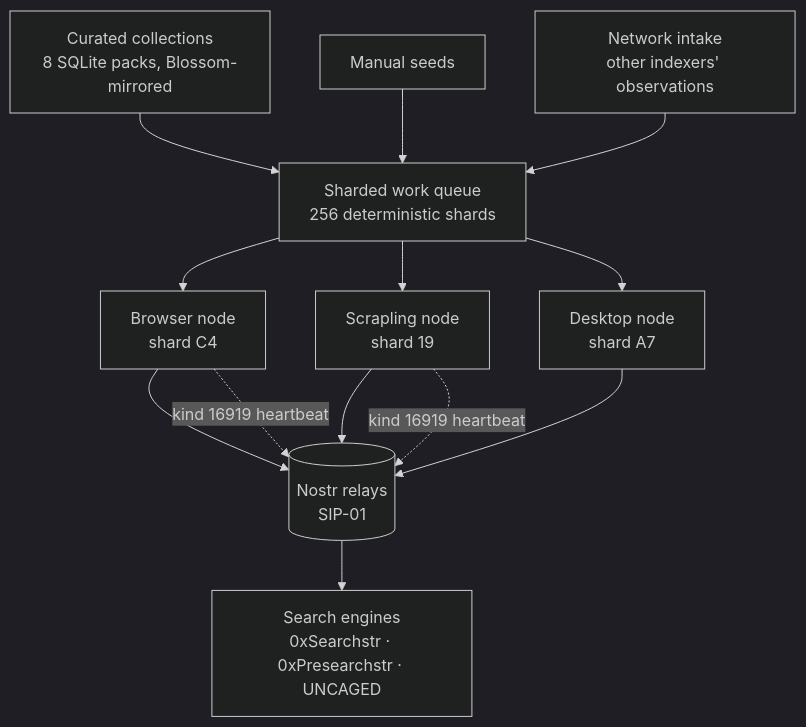
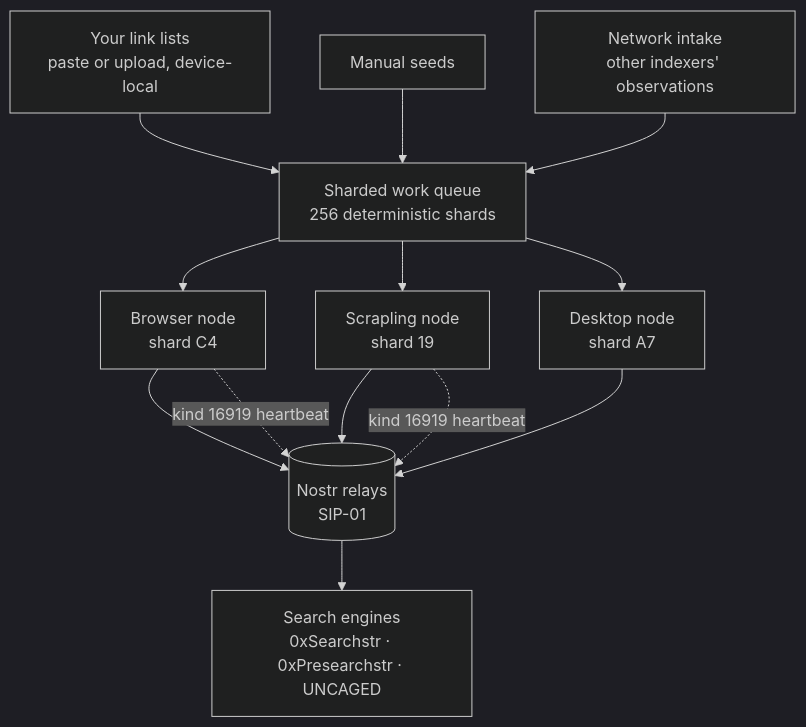
One commit to SIP-01/indexstr-v3 changed the diagram in README.md. Above: the diagram before and after it, drawn with Mermaid (dark theme). The commit also changed other lines of this file and 33 other files, not shown here.

First line of the commit message:
feat: user link lists + service submissions (kind 39698); drop bundled collections

````diff
--- a/README.md
+++ b/README.md
@@ -62,15 +62,15 @@
 ```mermaid
 flowchart TD
-    S[Curated collections<br>8 SQLite packs, Blossom-mirrored] --> Q[Sharded work queue<br>256 deterministic shards]
+    S[Your link lists<br>paste or upload, device-local] --> Q[Sharded work queue<br>256 deterministic shards]
     M[Manual seeds] --> Q
     I[Network intake<br>other indexers' observations] --> Q
     Q --> N1[Browser node<br>shard C4]
     Q --> N2[Scrapling node<br>shard 19]
     Q --> N3[Desktop node<br>shard A7]
     N1 --> R[(Nostr relays<br>SIP-01)]
     N2 --> R
     N3 --> R
     R --> E[Search engines<br>0xSearchstr · 0xPresearchstr · UNCAGED]
     N1 -.kind 16919 heartbeat.-> R
     N2 -.kind 16919 heartbeat.-> R
 ```
````
